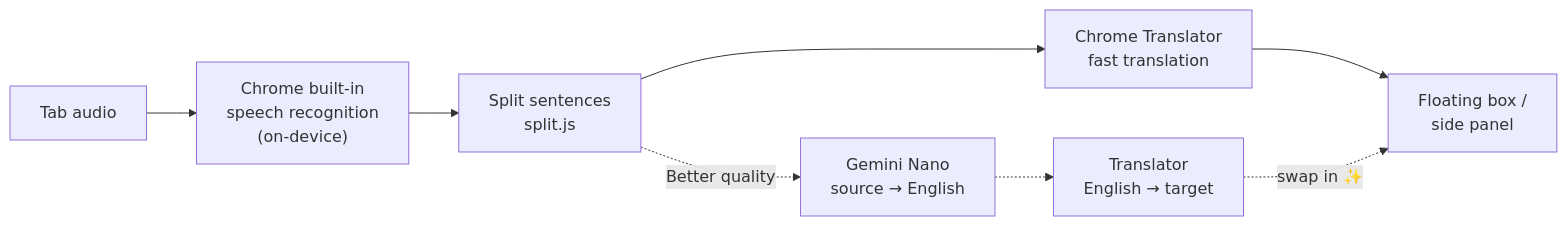
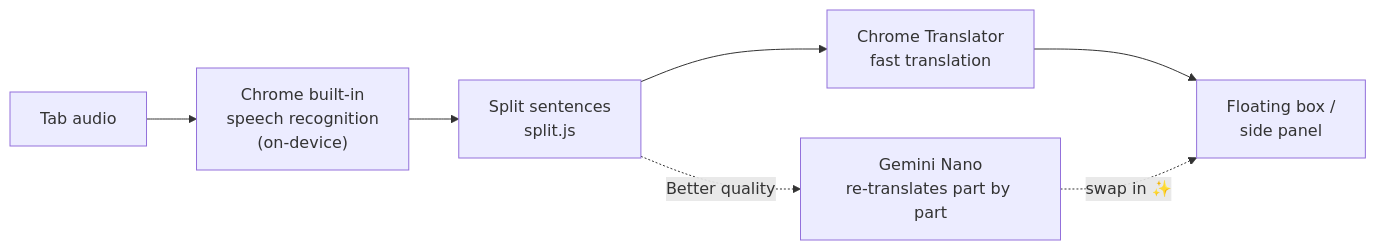
The diagram in README.en.md (Ashur5457/freelivesub), drawn with Mermaid before and after one commit. The commit also changed other lines of this file and 13 other files, not shown here.

First line of the commit message:
v0.12.3: better-quality mode translates directly, part by part

````diff
--- a/README.en.md
+++ b/README.en.md
@@ -41,10 +41,9 @@
 ```mermaid
 flowchart LR
   TAB["Tab audio"] --> SR["Chrome built-in<br/>speech recognition<br/>(on-device)"]
   SR --> SPLIT["Split sentences<br/>split.js"]
   SPLIT --> TR["Chrome Translator<br/>fast translation"]
   TR --> SUB["Floating box /<br/>side panel"]
-  SPLIT -. Better quality .-> NANO["Gemini Nano<br/>source → English"]
-  NANO -.-> TR2["Translator<br/>English → target"]
-  TR2 -. swap in ✨ .-> SUB
+  SPLIT -. Better quality .-> NANO["Gemini Nano<br/>re-translates part by part"]
+  NANO -. swap in ✨ .-> SUB
 ```
````
